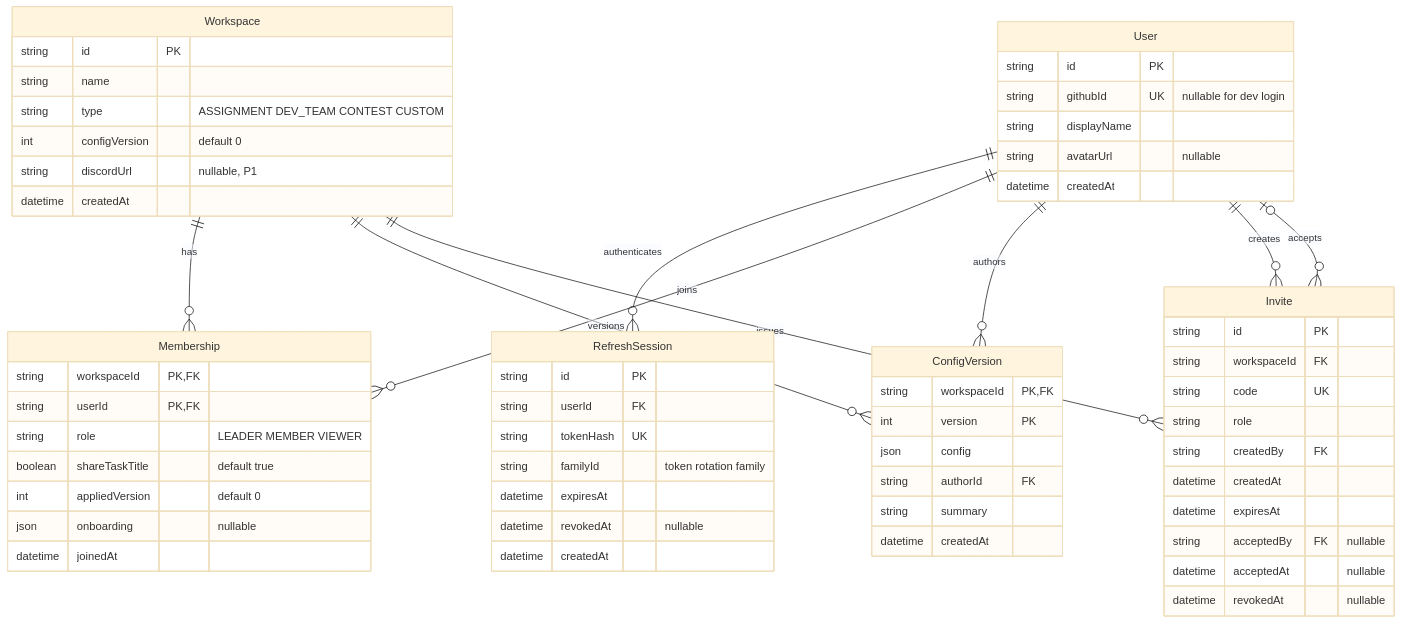
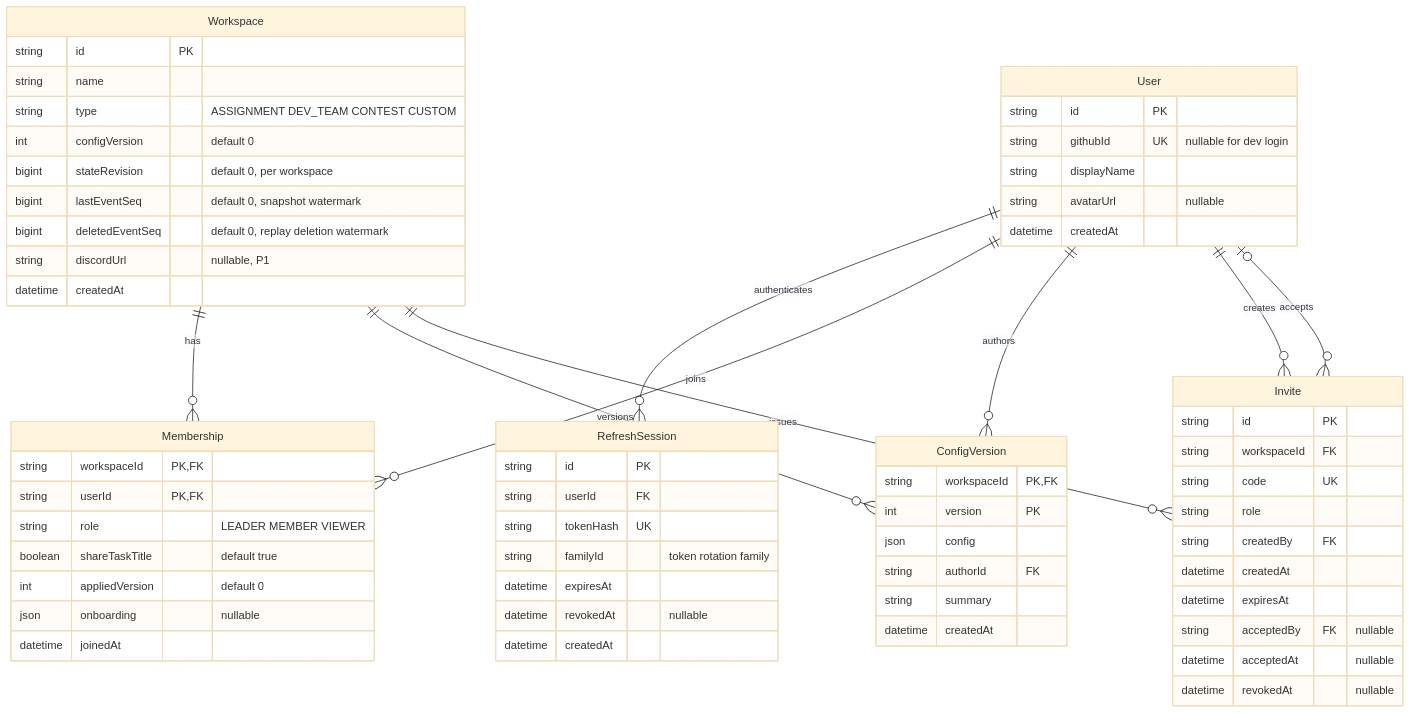
The first of 3 diagrams in docs/ERD.md (gymdong/SW_cadora), drawn with Mermaid (base theme) before and after one commit. The commit also changed other lines of this file and 5 other files, not shown here.

````diff
--- a/docs/ERD.md
+++ b/docs/ERD.md
@@ -25,65 +25,68 @@
 ```mermaid
 erDiagram
     User ||--o{ RefreshSession : authenticates
     User ||--o{ Membership : joins
     Workspace ||--o{ Membership : has
     Workspace ||--o{ ConfigVersion : versions
     User ||--o{ ConfigVersion : authors
     Workspace ||--o{ Invite : issues
     User ||--o{ Invite : creates
     User o|--o{ Invite : accepts
 
     User {
         string id PK
         string githubId UK "nullable for dev login"
         string displayName
         string avatarUrl "nullable"
         datetime createdAt
     }
     RefreshSession {
         string id PK
         string userId FK
         string tokenHash UK
         string familyId "token rotation family"
         datetime expiresAt
         datetime revokedAt "nullable"
         datetime createdAt
     }
     Workspace {
         string id PK
         string name
         string type "ASSIGNMENT DEV_TEAM CONTEST CUSTOM"
         int configVersion "default 0"
+        bigint stateRevision "default 0, per workspace"
+        bigint lastEventSeq "default 0, snapshot watermark"
+        bigint deletedEventSeq "default 0, replay deletion watermark"
         string discordUrl "nullable, P1"
         datetime createdAt
     }
     Membership {
         string workspaceId PK, FK
         string userId PK, FK
         string role "LEADER MEMBER VIEWER"
         boolean shareTaskTitle "default true"
         int appliedVersion "default 0"
         json onboarding "nullable"
         datetime joinedAt
     }
     ConfigVersion {
         string workspaceId PK, FK
         int version PK
         json config
         string authorId FK
         string summary
         datetime createdAt
     }
     Invite {
         string id PK
         string workspaceId FK
         string code UK
         string role
         string createdBy FK
         datetime createdAt
         datetime expiresAt
         string acceptedBy FK "nullable"
         datetime acceptedAt "nullable"
         datetime revokedAt "nullable"
     }
 ```
````
